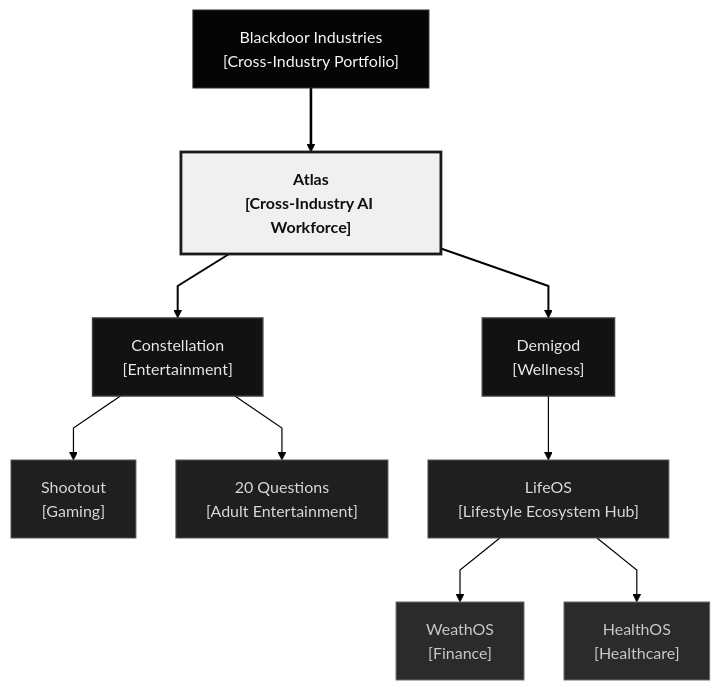
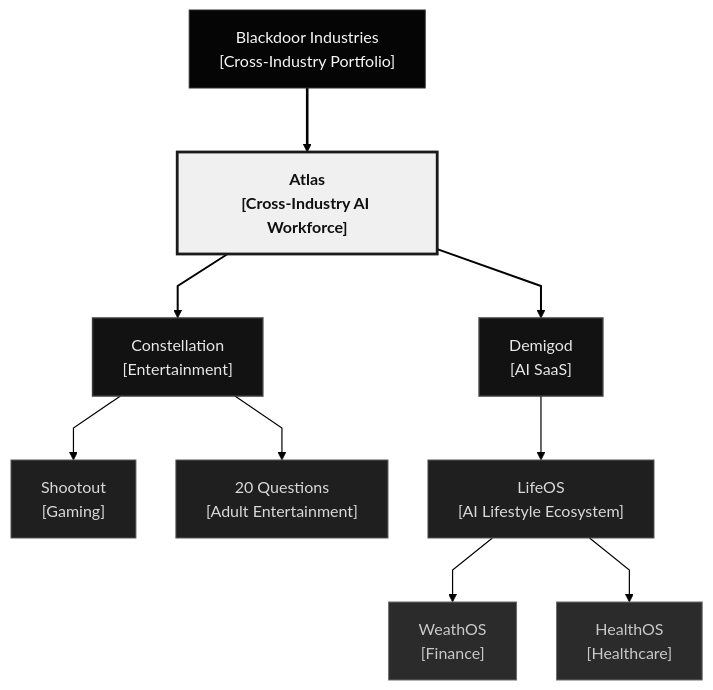
Before and after one commit to Blackdoor-Industries/.github: the first of 2 diagrams in profile/README.md, drawn with Mermaid.

Commit message:
Update Demigod and LifeOS diagram labels

````diff
--- a/profile/README.md
+++ b/profile/README.md
@@ -41,48 +41,48 @@
 ```mermaid
 %%{init: {
   "theme": "base",
   "flowchart": {
     "curve": "linear",
     "nodeSpacing": 40,
     "rankSpacing": 64
   },
   "themeVariables": {
     "fontFamily": "system-ui, -apple-system, Segoe UI, sans-serif",
     "lineColor": "#000000",
     "textColor": "#eaeaea",
     "primaryColor": "#181818",
     "primaryBorderColor": "#454545",
     "tertiaryColor": "#121212",
     "background": "#ffffff"
   }
 }}%%
 flowchart TB
     BD["Blackdoor Industries<br/>[Cross-Industry Portfolio]"]:::holding
     ATLAS["Atlas<br/>[Cross-Industry AI Workforce]"]:::atlas
     CONST["Constellation<br/>[Entertainment]"]:::subsidiary
-    DEMI["Demigod<br/>[Wellness]"]:::subsidiary
+    DEMI["Demigod<br/>[AI SaaS]"]:::subsidiary
     SHOOT["Shootout<br/>[Gaming]"]:::product
     VN["20 Questions<br/>[Adult Entertainment]"]:::product
-    LIFE["LifeOS<br/>[Lifestyle Ecosystem Hub]"]:::product
+    LIFE["LifeOS<br/>[AI Lifestyle Ecosystem]"]:::product
     WEATH["WeathOS<br/>[Finance]"]:::module
     HEALTH["HealthOS<br/>[Healthcare]"]:::module
 
     BD ==> ATLAS
     ATLAS ==> CONST
     ATLAS ==> DEMI
     CONST --> SHOOT
     CONST --> VN
     DEMI --> LIFE
     LIFE --> WEATH
     LIFE --> HEALTH
 
     classDef holding fill:#050505,stroke:#2f2f2f,stroke-width:1px,color:#f8f8f8
     classDef atlas fill:#f0f0f0,stroke:#1a1a1a,stroke-width:2.8px,color:#101010,font-weight:700
     classDef subsidiary fill:#121212,stroke:#3a3a3a,stroke-width:1.5px,color:#e8e8e8
     classDef product fill:#1f1f1f,stroke:#555555,stroke-width:1px,color:#d9d9d9
     classDef module fill:#2b2b2b,stroke:#6a6a6a,stroke-width:1px,color:#c9c9c9
 
     linkStyle 0 stroke:#000000,stroke-width:2.6px
     linkStyle 1,2 stroke:#000000,stroke-width:2px
     linkStyle 3,4,5,6,7 stroke:#000000,stroke-width:1.2px
 ```
````
